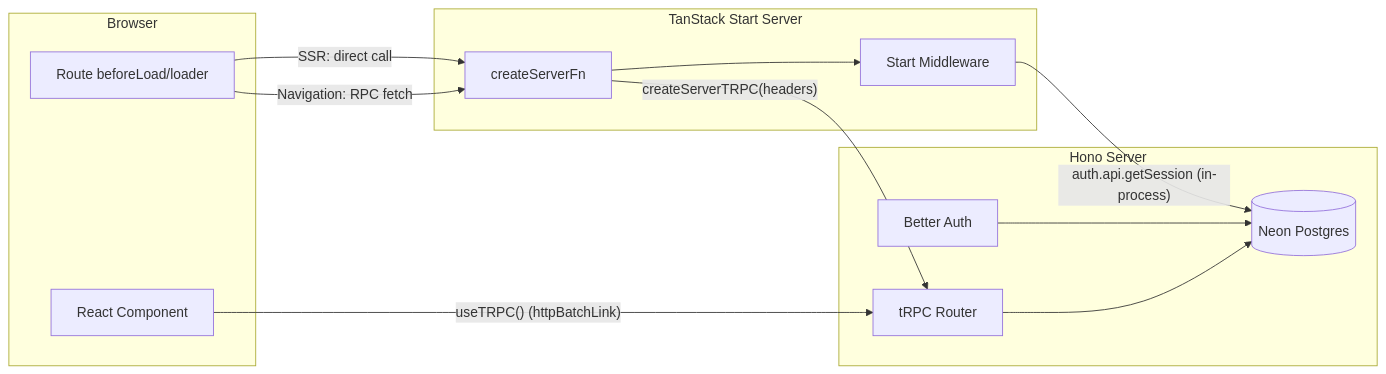
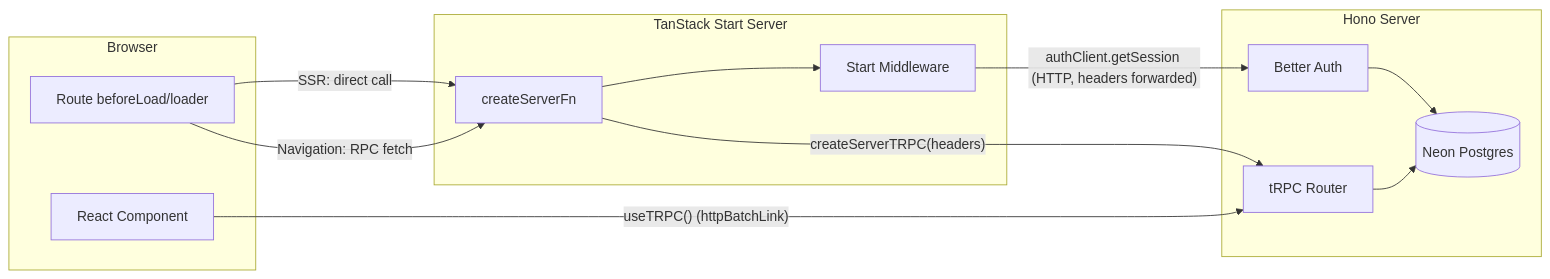
One commit to sycomacademy/sycom-learn changed the diagram in AGENTS.md. Above: the diagram before and after it, drawn with Mermaid. The commit also changed other lines of this file and 5 other files, not shown here.

````diff
--- a/AGENTS.md
+++ b/AGENTS.md
@@ -78,27 +78,27 @@
 ```mermaid
 flowchart LR
     subgraph browser [Browser]
         Route[Route beforeLoad/loader]
         Component[React Component]
     end
 
     subgraph startServer [TanStack Start Server]
         ServerFn[createServerFn]
         Middleware[Start Middleware]
     end
 
     subgraph honoServer [Hono Server]
         Auth[Better Auth]
         TRPC[tRPC Router]
         DB[(Neon Postgres)]
     end
 
     Route -->|"SSR: direct call"| ServerFn
     Route -->|"Navigation: RPC fetch"| ServerFn
     ServerFn --> Middleware
-    Middleware -->|"auth.api.getSession (in-process)"| DB
+    Middleware -->|"authClient.getSession (HTTP, headers forwarded)"| Auth
     ServerFn -->|"createServerTRPC(headers)"| TRPC
     Component -->|"useTRPC() (httpBatchLink)"| TRPC
     Auth --> DB
     TRPC --> DB
 ```
````
